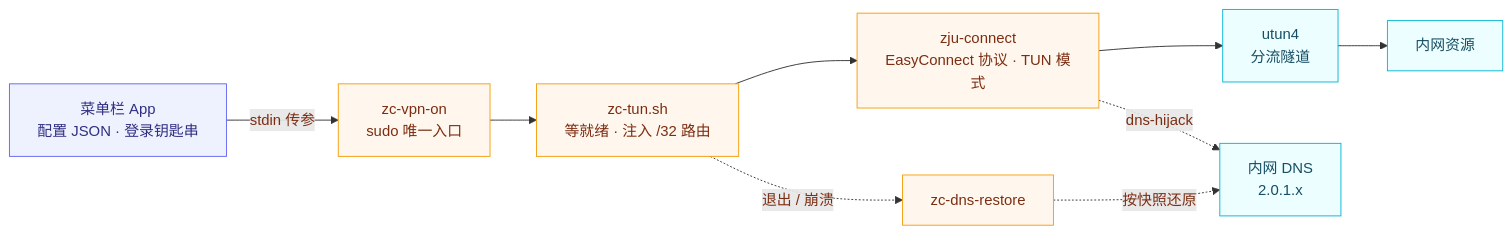
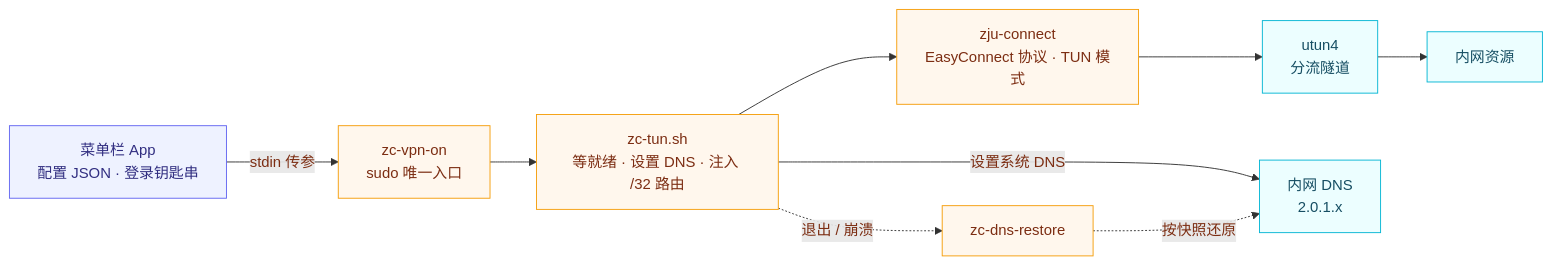
One commit to lcssos/vpnmenu changed the diagram in README.md. Above: the diagram before and after it, drawn with Mermaid. The commit also changed other lines of this file and 9 other files, not shown here.

````diff
--- a/README.md
+++ b/README.md
@@ -61,18 +61,18 @@
 ```mermaid
 flowchart LR
     UI["菜单栏 App<br/>配置 JSON · 登录钥匙串"] -->|"stdin 传参"| ON["zc-vpn-on<br/>sudo 唯一入口"]
-    ON --> TUN["zc-tun.sh<br/>等就绪 · 注入 /32 路由"]
+    ON --> TUN["zc-tun.sh<br/>等就绪 · 设置 DNS · 注入 /32 路由"]
     TUN --> ZC["zju-connect<br/>EasyConnect 协议 · TUN 模式"]
     ZC --> UTUN["utun4<br/>分流隧道"]
     UTUN --> LAN["内网资源"]
-    ZC -.->|"dns-hijack"| DNS["内网 DNS<br/>2.0.1.x"]
+    TUN -->|"设置系统 DNS"| DNS["内网 DNS<br/>2.0.1.x"]
     TUN -.->|"退出 / 崩溃"| FIX["zc-dns-restore"]
     FIX -.->|"按快照还原"| DNS
 
     classDef user fill:#eef2ff,stroke:#6366f1,color:#312e81
     classDef root fill:#fff7ed,stroke:#f59e0b,color:#7c2d12
     classDef net fill:#ecfeff,stroke:#06b6d4,color:#164e63
     class UI user
     class ON,TUN,ZC,FIX root
     class UTUN,DNS,LAN net
 ```
````
